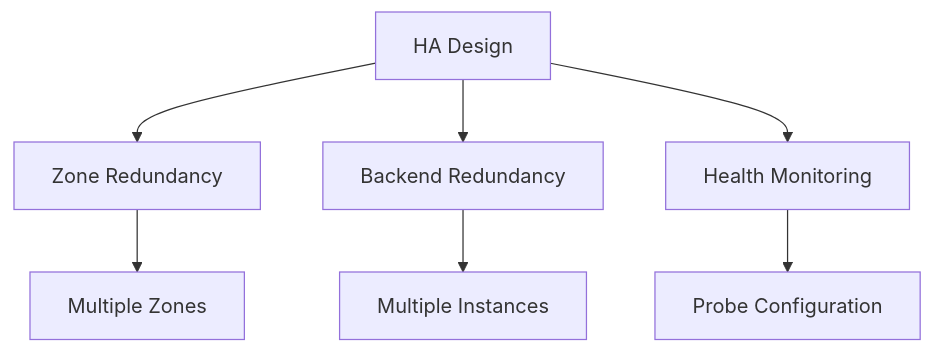
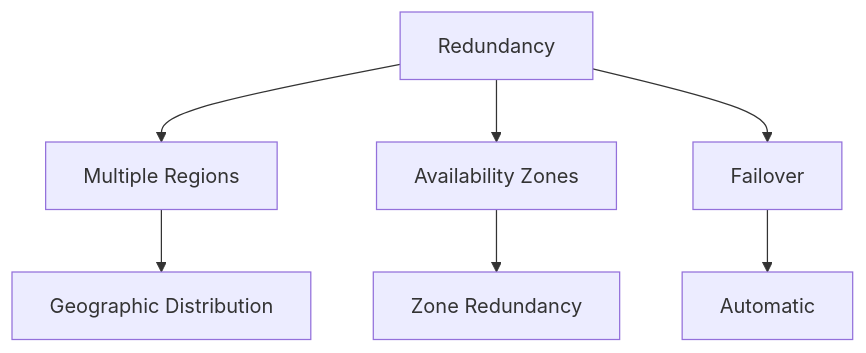
One commit to saravanakumarrc/Architecture_Journey changed diagram 13 of 18 in src/azure/az-104/Load_Balancing.md. Above: the diagram before and after it, drawn with Mermaid. The commit also changed other lines of this file and 6 other files, not shown here.

````diff
--- a/src/azure/az-104/Load_Balancing.md
+++ b/src/azure/az-104/Load_Balancing.md
@@ -196,10 +221,10 @@
 ```mermaid
 graph TB
-    A[HA Design] --> B[Zone Redundancy]
-    A --> C[Backend Redundancy]
-    A --> D[Health Monitoring]
+    A[Redundancy] --> B[Multiple Regions]
+    A --> C[Availability Zones]
+    A --> D[Failover]
     
-    B --> E[Multiple Zones]
-    C --> F[Multiple Instances]
-    D --> G[Probe Configuration]
+    B --> E[Geographic Distribution]
+    C --> F[Zone Redundancy]
+    D --> G[Automatic]
 ```
````
